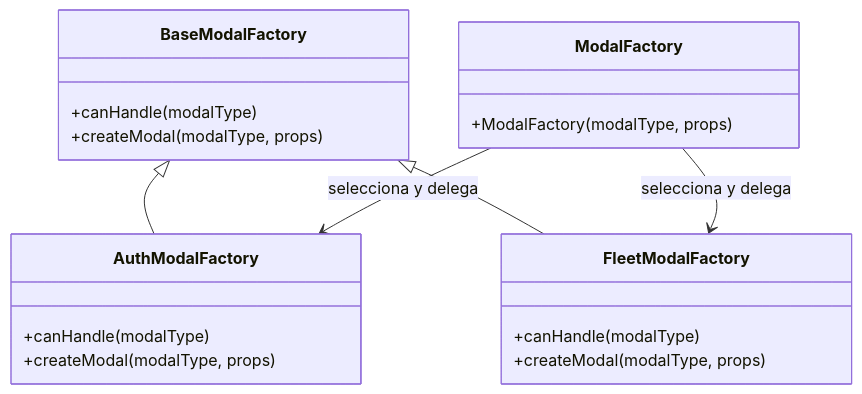
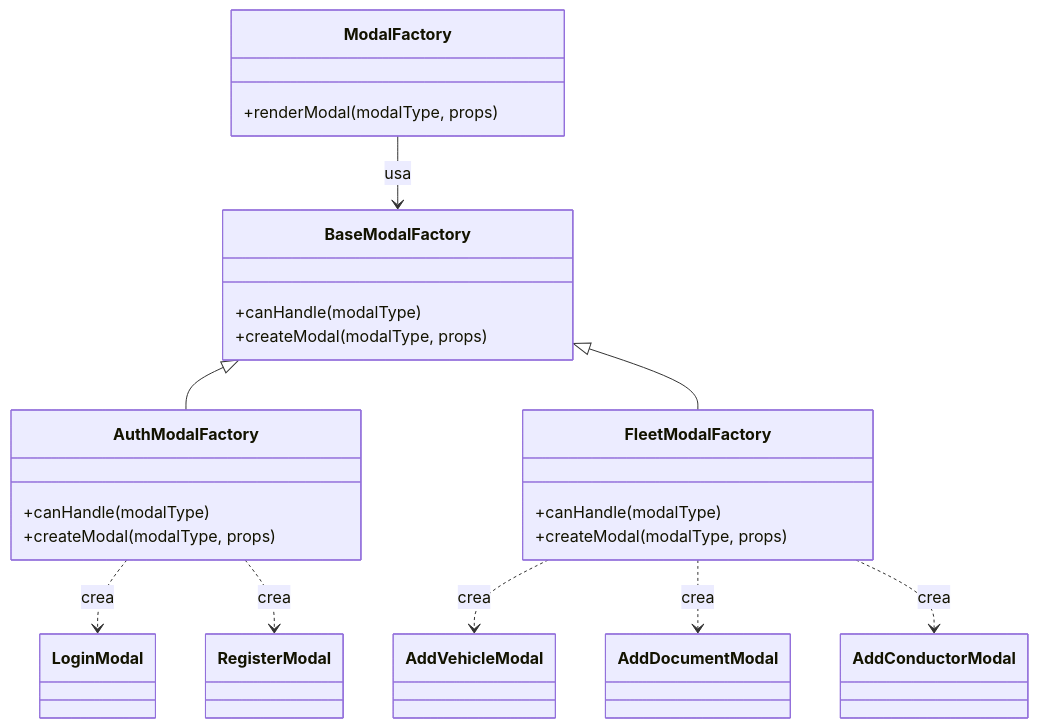
Before and after one commit to puj-course/FIS_2610_3517_G4: the diagram in Docs/Arquitectura/patrones/creacionales/factory_method_modales.md, drawn with Mermaid.

Commit message:
Revise Factory Method documentation for modal creation
Updated the Factory Method pattern documentation to include new modal classes and clarify the responsibilities of each factory. Enhanced the diagram and added explanations for the modal creation process.

````diff
--- a/Docs/Arquitectura/patrones/creacionales/factory_method_modales.md
+++ b/Docs/Arquitectura/patrones/creacionales/factory_method_modales.md
@@ -5,27 +5,39 @@
 ```mermaid
 classDiagram
     class BaseModalFactory {
         +canHandle(modalType)
         +createModal(modalType, props)
     }
 
     class AuthModalFactory {
         +canHandle(modalType)
         +createModal(modalType, props)
     }
 
     class FleetModalFactory {
         +canHandle(modalType)
         +createModal(modalType, props)
     }
 
     class ModalFactory {
-        +ModalFactory(modalType, props)
+        +renderModal(modalType, props)
     }
+
+    class LoginModal
+    class RegisterModal
+    class AddVehicleModal
+    class AddDocumentModal
+    class AddConductorModal
 
     BaseModalFactory <|-- AuthModalFactory
     BaseModalFactory <|-- FleetModalFactory
 
-    ModalFactory --> AuthModalFactory : selecciona y delega
-    ModalFactory --> FleetModalFactory : selecciona y delega
+    ModalFactory --> BaseModalFactory : usa
+
+    AuthModalFactory ..> LoginModal : crea
+    AuthModalFactory ..> RegisterModal : crea
+
+    FleetModalFactory ..> AddVehicleModal : crea
+    FleetModalFactory ..> AddDocumentModal : crea
+    FleetModalFactory ..> AddConductorModal : crea
 ```
````
